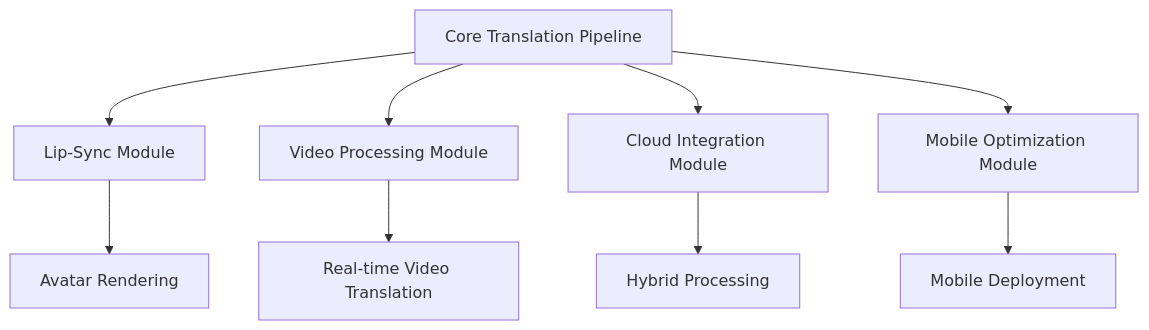
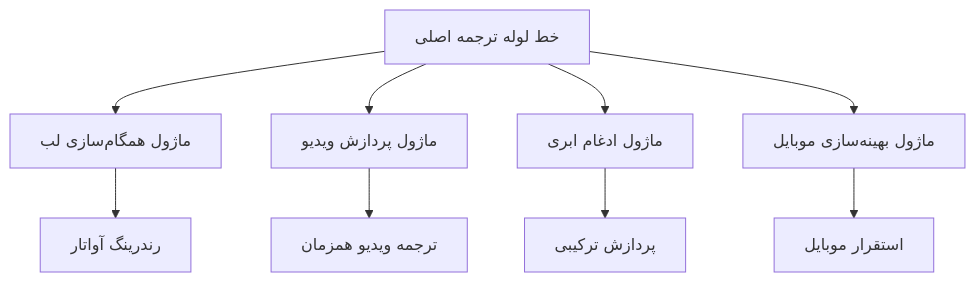
One commit to SirTypeOfficial/LinguaStream changed the third of 3 diagrams in ARCHITECTURE.md. Above: the diagram before and after it, drawn with Mermaid. The commit also changed other lines of this file and 7 other files, not shown here.

Commit message:
Translate API and architecture documentation to Persian, update README and contributing guidelines, and enhance deployment instructions for VoiceBridge. Add configuration settings for voice cloning and system requirements.

````diff
--- a/ARCHITECTURE.md
+++ b/ARCHITECTURE.md
@@ -272,12 +285,12 @@
 ```mermaid
 graph TB
-    A[Core Translation Pipeline] --> B[Lip-Sync Module]
-    A --> C[Video Processing Module]
-    A --> D[Cloud Integration Module]
-    A --> E[Mobile Optimization Module]
+    A[خط لوله ترجمه اصلی] --> B[ماژول همگام‌سازی لب]
+    A --> C[ماژول پردازش ویدیو]
+    A --> D[ماژول ادغام ابری]
+    A --> E[ماژول بهینه‌سازی موبایل]
     
-    B --> F[Avatar Rendering]
-    C --> G[Real-time Video Translation]
-    D --> H[Hybrid Processing]
-    E --> I[Mobile Deployment]
+    B --> F[رندرینگ آواتار]
+    C --> G[ترجمه ویدیو همزمان]
+    D --> H[پردازش ترکیبی]
+    E --> I[استقرار موبایل]
 ```
````
